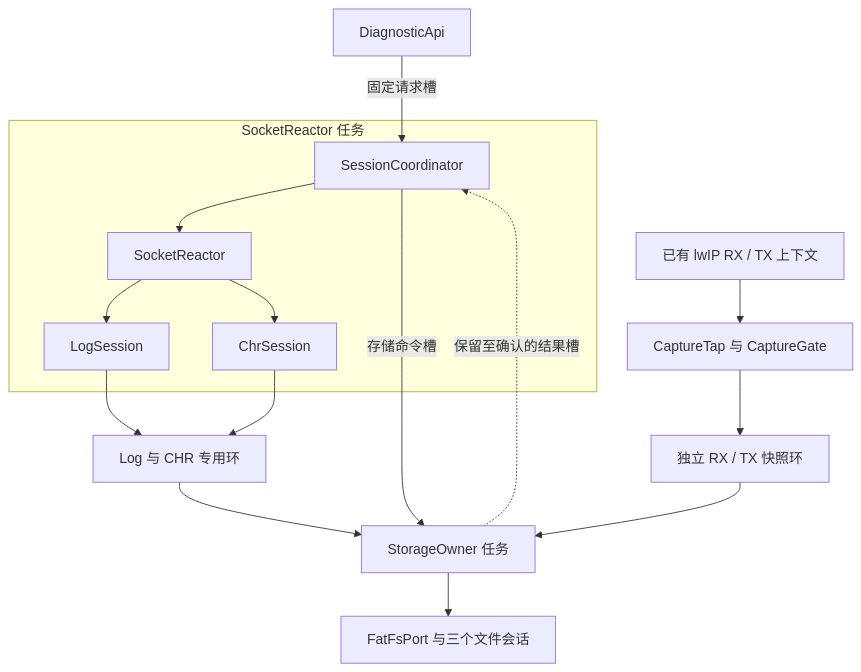
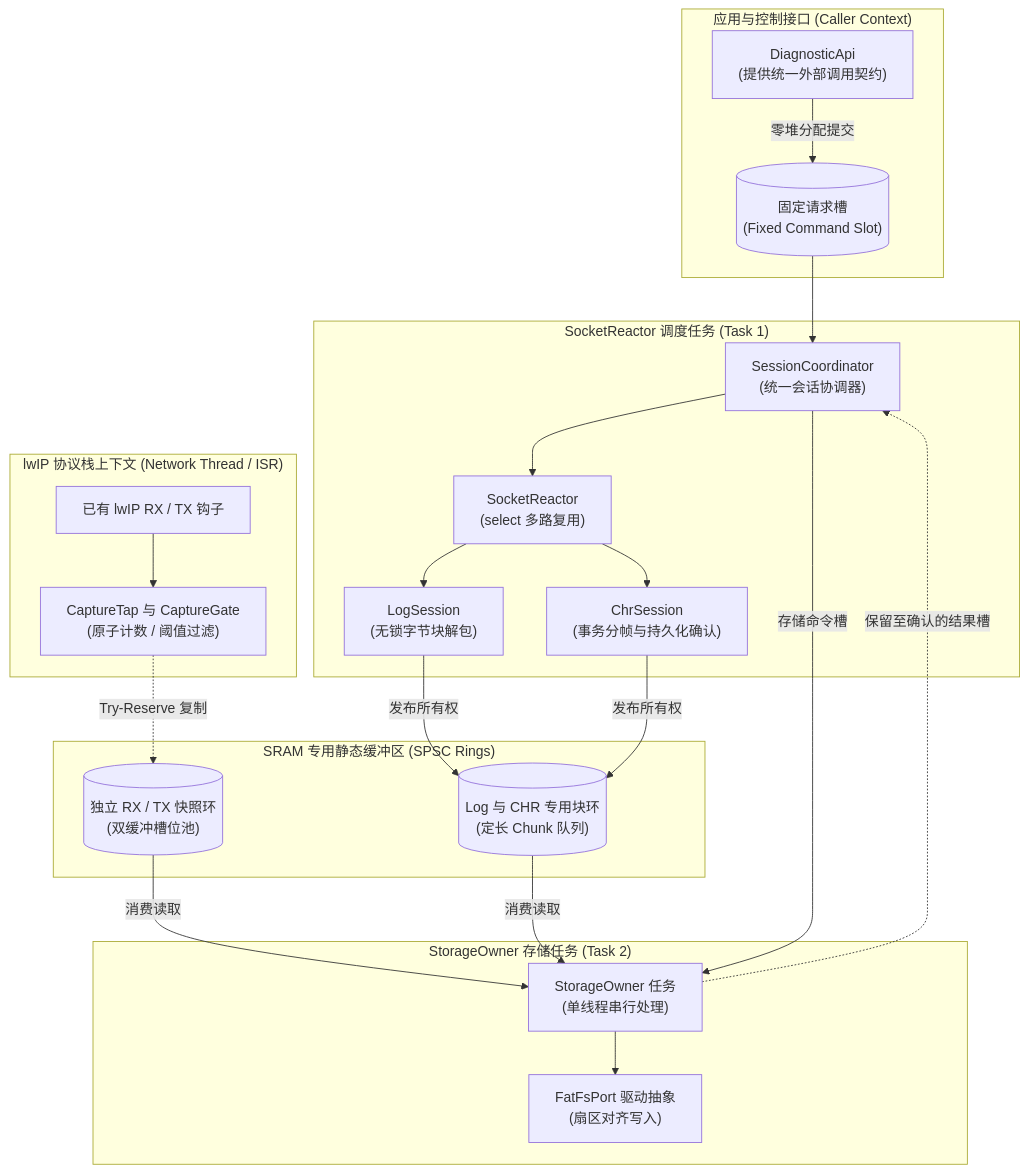
One commit to luckyJimLu/system-design-notes changed the tenth of 12 diagrams in embedded-systems/modemlog/03-modem-complete-mermaid-flows.md. Above: the diagram before and after it, drawn with Mermaid. The commit also changed other lines of this file and 19 other files, not shown here.

First line of the commit message:
docs: update modem flows and system documentation

````diff
--- a/embedded-systems/modemlog/03-modem-complete-mermaid-flows.md
+++ b/embedded-systems/modemlog/03-modem-complete-mermaid-flows.md
@@ -168,18 +313,46 @@
 ```mermaid
 flowchart TD
-    api["DiagnosticApi"] -->|"固定请求槽"| coordinator["SessionCoordinator"]
-    subgraph reactorTask["SocketReactor 任务"]
-        coordinator --> reactor["SocketReactor"]
-        reactor --> log["LogSession"]
-        reactor --> chr["ChrSession"]
+    subgraph CLIENT["应用与控制接口 (Caller Context)"]
+        api["DiagnosticApi\n(提供统一外部调用契约)"]
+        requestSlot[("固定请求槽\n(Fixed Command Slot)")]
+        api -->|"零堆分配提交"| requestSlot
     end
-    log --> rings["Log 与 CHR 专用环"]
-    chr --> rings
-    hooks["已有 lwIP RX / TX 上下文"] --> tap["CaptureTap 与 CaptureGate"]
-    tap --> cap["独立 RX / TX 快照环"]
-    coordinator -->|"存储命令槽"| storage["StorageOwner 任务"]
-    rings --> storage
-    cap --> storage
-    storage --> files["FatFsPort 与三个文件会话"]
+
+    subgraph REACTOR_TASK["SocketReactor 调度任务 (Task 1)"]
+        coordinator["SessionCoordinator\n(统一会话协调器)"]
+        requestSlot --> coordinator
+        
+        reactor["SocketReactor\n(select 多路复用)"]
+        coordinator --> reactor
+
+        log["LogSession\n(无锁字节块解包)"]
+        chr["ChrSession\n(事务分帧与持久化确认)"]
+
+        reactor --> log
+        reactor --> chr
+    end
+
+    subgraph BUFFERS["SRAM 专用静态缓冲区 (SPSC Rings)"]
+        rings[("Log 与 CHR 专用块环\n(定长 Chunk 队列)")]
+        cap[("独立 RX / TX 快照环\n(双缓冲槽位池)")]
+
+        log -->|"发布所有权"| rings
+        chr -->|"发布所有权"| rings
+    end
+
+    subgraph LWIP_CTX["lwIP 协议栈上下文 (Network Thread / ISR)"]
+        hooks["已有 lwIP RX / TX 钩子"] --> tap["CaptureTap 与 CaptureGate\n(原子计数 / 阈值过滤)"]
+        tap -.->|"Try-Reserve 复制"| cap
+    end
+
+    subgraph STORAGE_TASK["StorageOwner 存储任务 (Task 2)"]
+        coordinator -->|"存储命令槽"| storage["StorageOwner 任务\n(单线程串行处理)"]
+        rings -->|"消费读取"| storage
+        cap -->|"消费读取"| storage
+
+        files["FatFsPort 驱动抽象\n(扇区对齐写入)"]
+        storage --> files
+    end
+
     storage -.->|"保留至确认的结果槽"| coordinator
 ```
````
